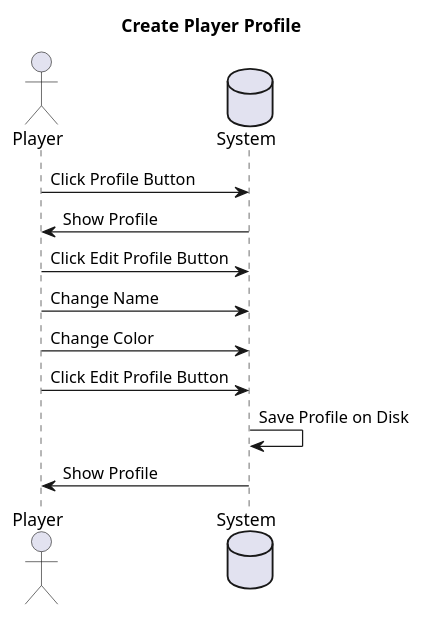
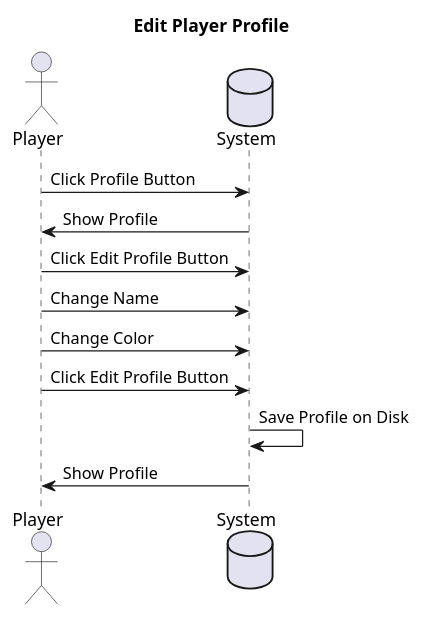
The diagram in docs/secuence_diagrams/edit_profile.puml (TINF21CS1/TicTacToeKojote), drawn with PlantUML before and after one commit. The commit also changed 5 other files, not shown here.

Commit message:
finished creation of sequence diagrams

```diff
--- a/docs/secuence_diagrams/edit_profile.puml
+++ b/docs/secuence_diagrams/edit_profile.puml
@@ -1,16 +1,16 @@
 @startuml
-title Create Player Profile
+title Edit Player Profile
 
 actor Player
 database System
 
 Player->System: Click Profile Button
 System->Player: Show Profile
 Player->System: Click Edit Profile Button
 Player->System: Change Name
 Player->System: Change Color
 Player->System: Click Edit Profile Button
 System->System: Save Profile on Disk
 System->Player: Show Profile
 
 @enduml
```
